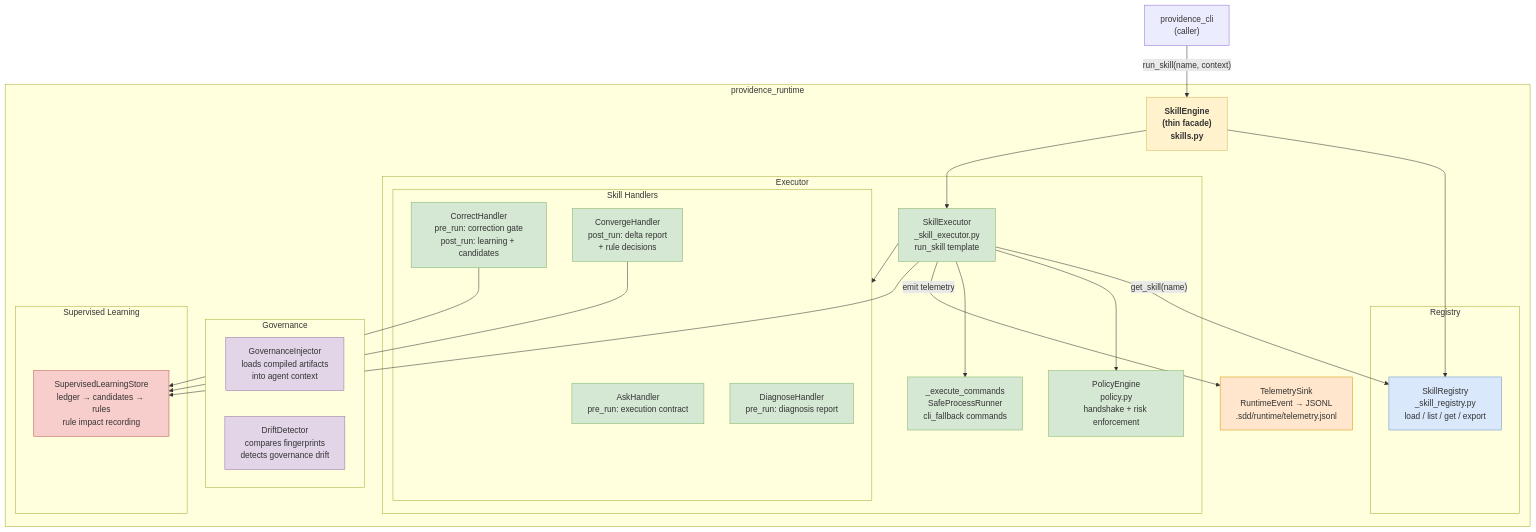
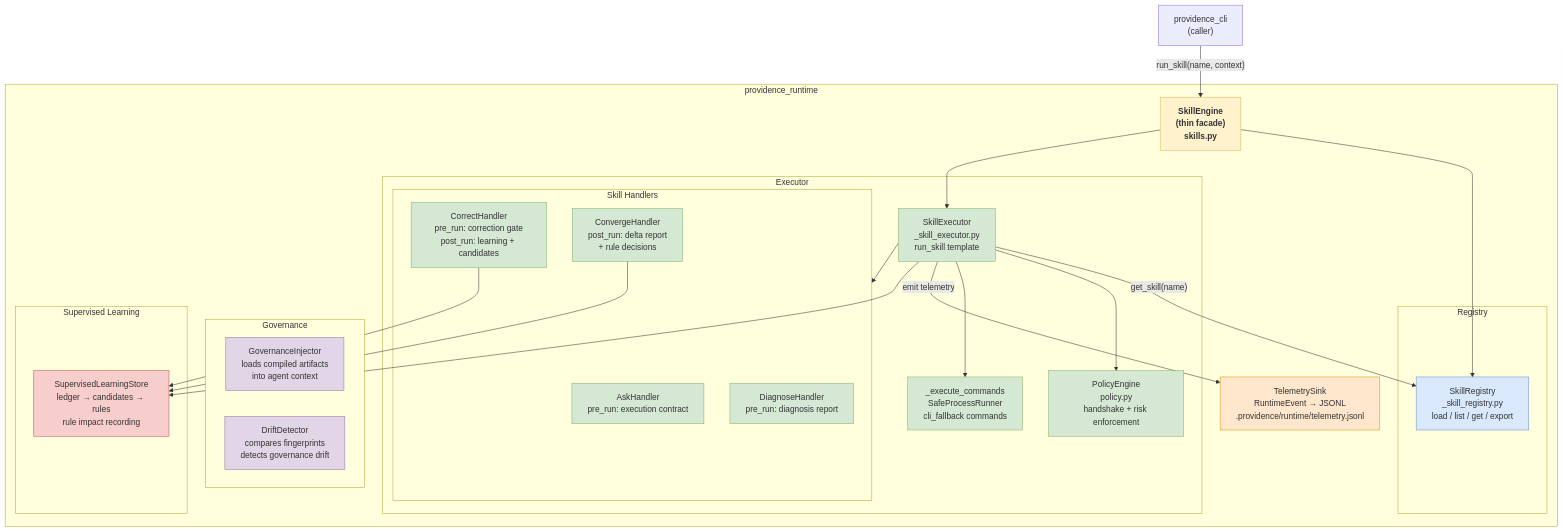
One commit to SergioLacerda/sdd-harness changed the diagram in docs/architecture/c4-components-runtime.md. Above: the diagram before and after it, drawn with Mermaid. The commit also changed 452 other files, not shown here.

````diff
--- a/docs/architecture/c4-components-runtime.md
+++ b/docs/architecture/c4-components-runtime.md
@@ -5,65 +5,65 @@
 ```mermaid
 graph TB
     cli["providence_cli\n(caller)"]
 
     subgraph runtime["providence_runtime"]
         engine["SkillEngine\n(thin facade)\nskills.py"]
 
         subgraph registry["Registry"]
             skillReg["SkillRegistry\n_skill_registry.py\nload / list / get / export"]
         end
 
         subgraph executor["Executor"]
             skillExec["SkillExecutor\n_skill_executor.py\nrun_skill template"]
 
             subgraph handlers["Skill Handlers"]
                 askH["AskHandler\npre_run: execution contract"]
                 diagH["DiagnoseHandler\npre_run: diagnosis report"]
                 corrH["CorrectHandler\npre_run: correction gate\npost_run: learning + candidates"]
                 convH["ConvergeHandler\npost_run: delta report\n+ rule decisions"]
             end
 
             policy["PolicyEngine\npolicy.py\nhandshake + risk enforcement"]
             cmdExec["_execute_commands\nSafeProcessRunner\ncli_fallback commands"]
         end
 
         subgraph governance["Governance"]
             injector["GovernanceInjector\nloads compiled artifacts\ninto agent context"]
             drift["DriftDetector\ncompares fingerprints\ndetects governance drift"]
         end
 
         subgraph learning["Supervised Learning"]
             store["SupervisedLearningStore\nledger → candidates → rules\nrule impact recording"]
         end
 
-        telemetry["TelemetrySink\nRuntimeEvent → JSONL\n.sdd/runtime/telemetry.jsonl"]
+        telemetry["TelemetrySink\nRuntimeEvent → JSONL\n.providence/runtime/telemetry.jsonl"]
     end
 
     cli -->|"run_skill(name, context)"| engine
     engine --> skillReg
     engine --> skillExec
     skillExec -->|"get_skill(name)"| skillReg
     skillExec --> policy
     skillExec --> handlers
     skillExec --> cmdExec
     skillExec -->|"emit telemetry"| telemetry
     corrH --> store
     convH --> store
     skillExec --> store
 
     classDef facadeStyle fill:#fff2cc,stroke:#d6b656,font-weight:bold
     classDef registryStyle fill:#dae8fc,stroke:#6c8ebf
     classDef executorStyle fill:#d5e8d4,stroke:#82b366
     classDef handlerStyle fill:#d5e8d4,stroke:#82b366
     classDef governanceStyle fill:#e1d5e7,stroke:#9673a6
     classDef learningStyle fill:#f8cecc,stroke:#b85450
     classDef telemetryStyle fill:#ffe6cc,stroke:#d79b00
 
     class engine facadeStyle
     class skillReg registryStyle
     class skillExec,policy,cmdExec executorStyle
     class askH,diagH,corrH,convH handlerStyle
     class injector,drift governanceStyle
     class store learningStyle
     class telemetry telemetryStyle
 ```
````
